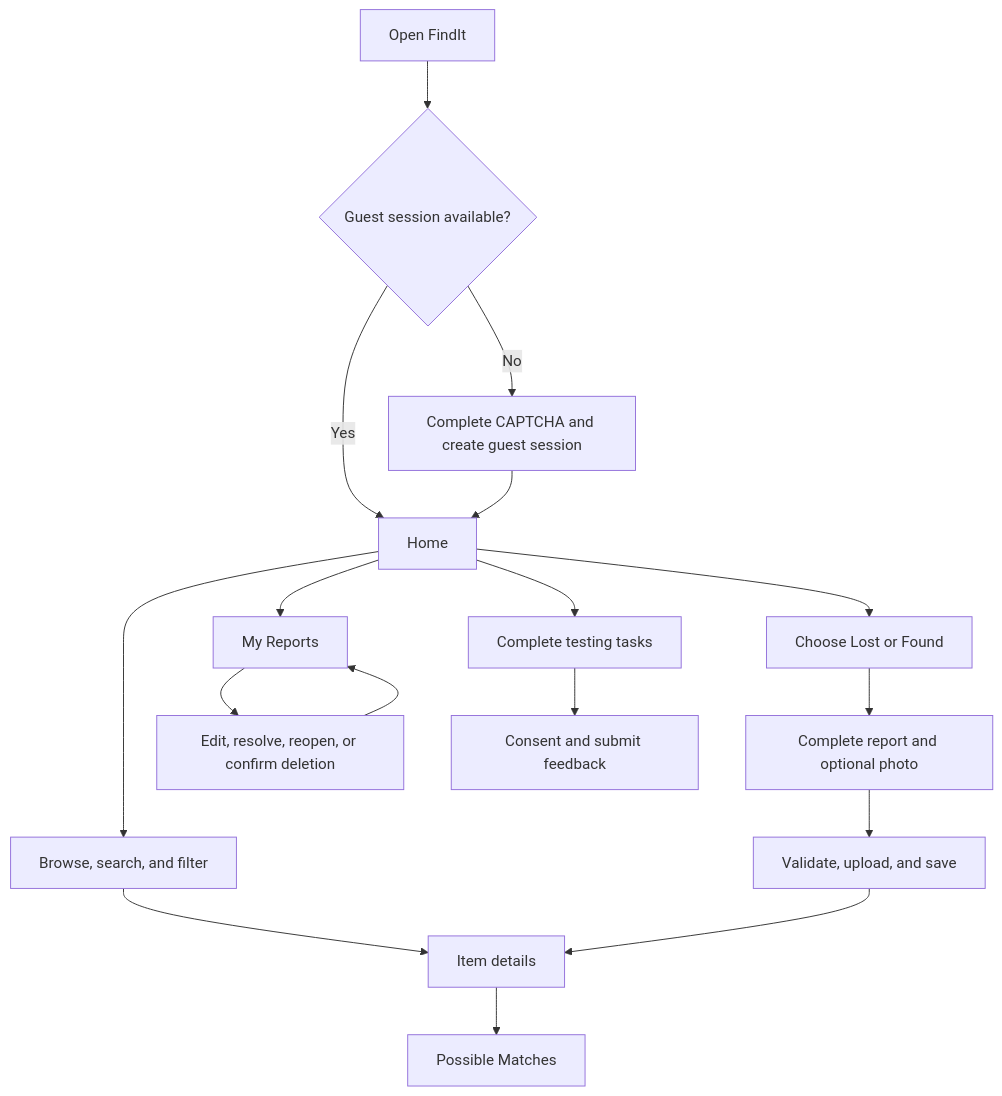
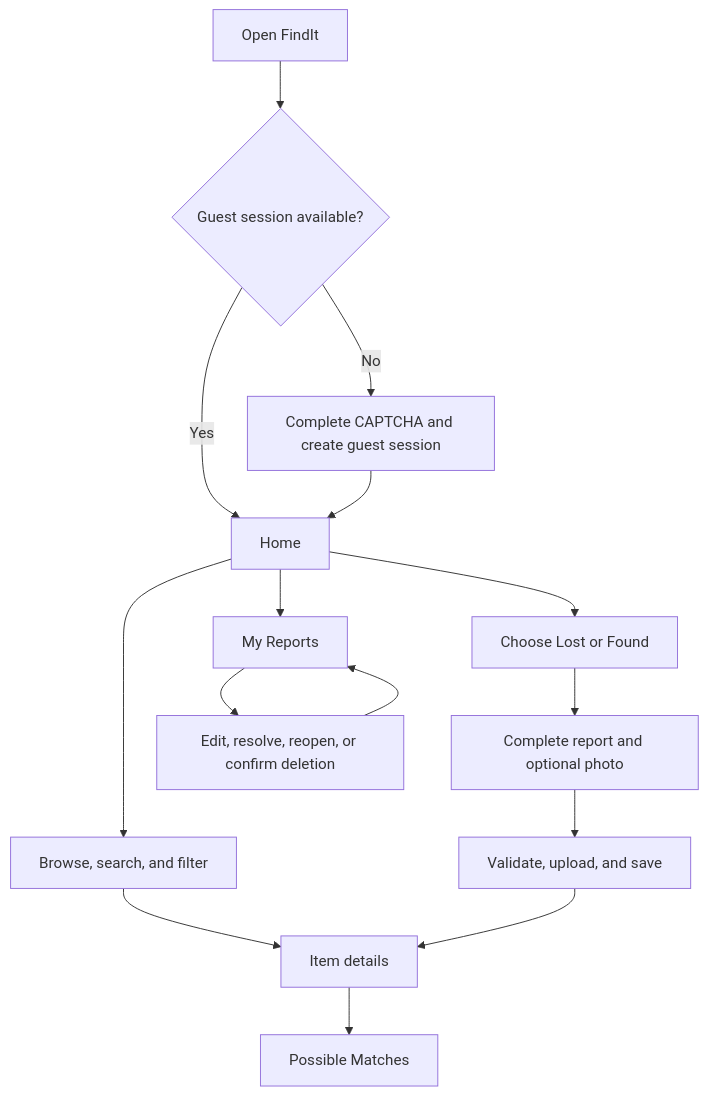
One commit to ajccc02/FindIt changed the diagram in docs/USER_FLOW.md. Above: the diagram before and after it, drawn with Mermaid. The commit also changed other lines of this file and 29 other files, not shown here.

````diff
--- a/docs/USER_FLOW.md
+++ b/docs/USER_FLOW.md
@@ -3,19 +3,17 @@
 ```mermaid
 flowchart TD
     A[Open FindIt] --> B{Guest session available?}
     B -->|Yes| C[Home]
     B -->|No| D[Complete CAPTCHA and create guest session]
     D --> C
     C --> E[Browse, search, and filter]
     E --> F[Item details]
     F --> G[Possible Matches]
     C --> H[Choose Lost or Found]
     H --> I[Complete report and optional photo]
     I --> J[Validate, upload, and save]
     J --> F
     C --> K[My Reports]
     K --> L[Edit, resolve, reopen, or confirm deletion]
     L --> K
-    C --> M[Complete testing tasks]
-    M --> N[Consent and submit feedback]
 ```
````
